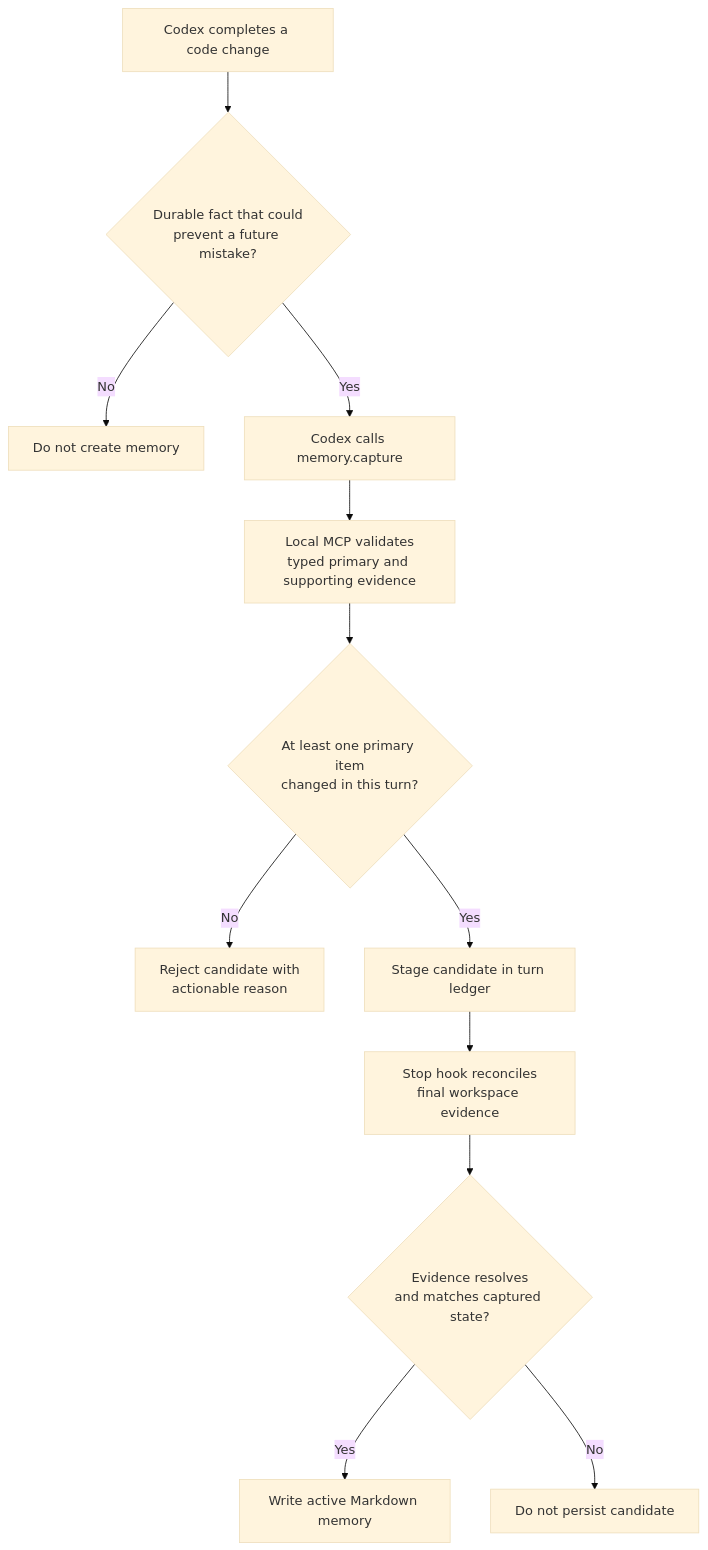
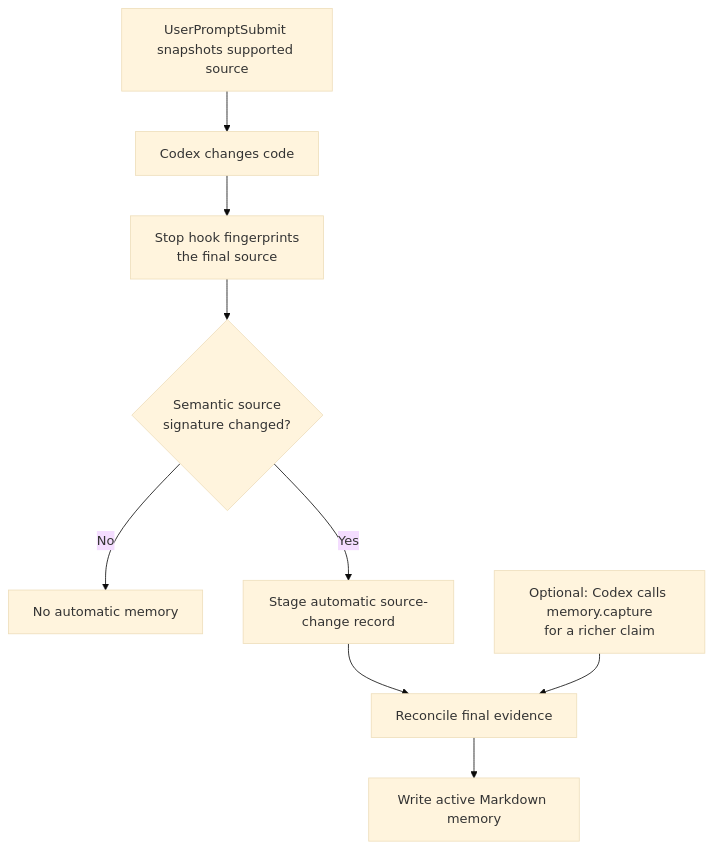
Before and after one commit to fagnermourafeitosa/memory-stale: the second of 2 diagrams in README.md, drawn with Mermaid (base theme). The commit also changed other lines of this file and 14 other files, not shown here.

Commit message:
feat: capture supported code changes automatically

````diff
--- a/README.md
+++ b/README.md
@@ -85,14 +87,11 @@
 ```mermaid
 flowchart TD
-    A[Codex completes a code change] --> B{"Durable fact that could<br/>prevent a future mistake?"}
-    B -->|No| C[Do not create memory]
-    B -->|Yes| D[Codex calls memory.capture]
-    D --> E["Local MCP validates<br/>typed primary and supporting evidence"]
-    E --> F{"At least one primary item<br/>changed in this turn?"}
-    F -->|No| G["Reject candidate with<br/>actionable reason"]
-    F -->|Yes| H[Stage candidate in turn ledger]
-    H --> I["Stop hook reconciles<br/>final workspace evidence"]
-    I --> J{"Evidence resolves<br/>and matches captured state?"}
-    J -->|Yes| K[Write active Markdown memory]
-    J -->|No| L[Do not persist candidate]
+    A[UserPromptSubmit snapshots supported source] --> B[Codex changes code]
+    B --> C["Stop hook fingerprints<br/>the final source"]
+    C --> D{"Semantic source<br/>signature changed?"}
+    D -->|No| E[No automatic memory]
+    D -->|Yes| F[Stage automatic source-change record]
+    F --> G[Reconcile final evidence]
+    G --> H[Write active Markdown memory]
+    I["Optional: Codex calls memory.capture<br/>for a richer claim"] --> G
 ```
````
